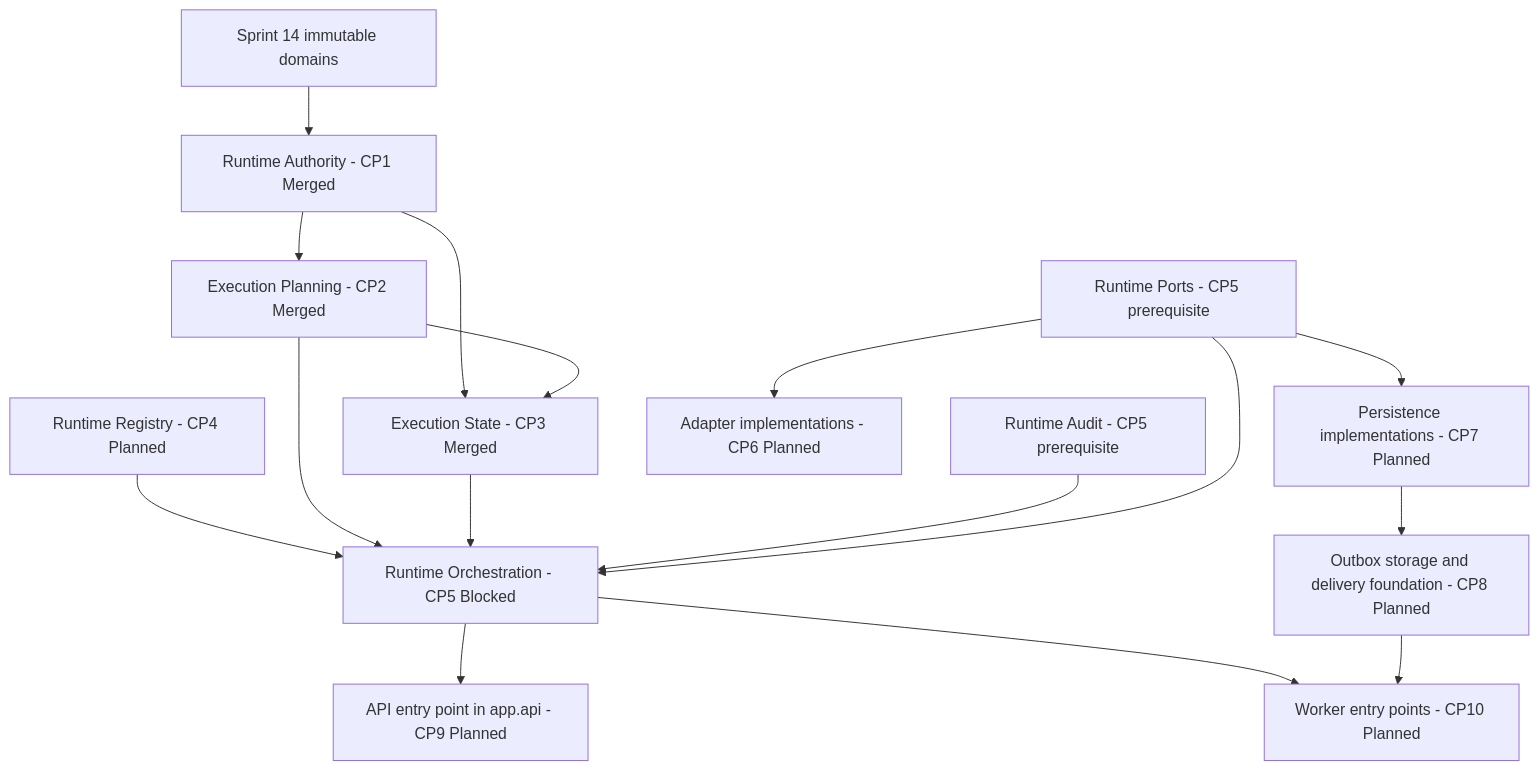
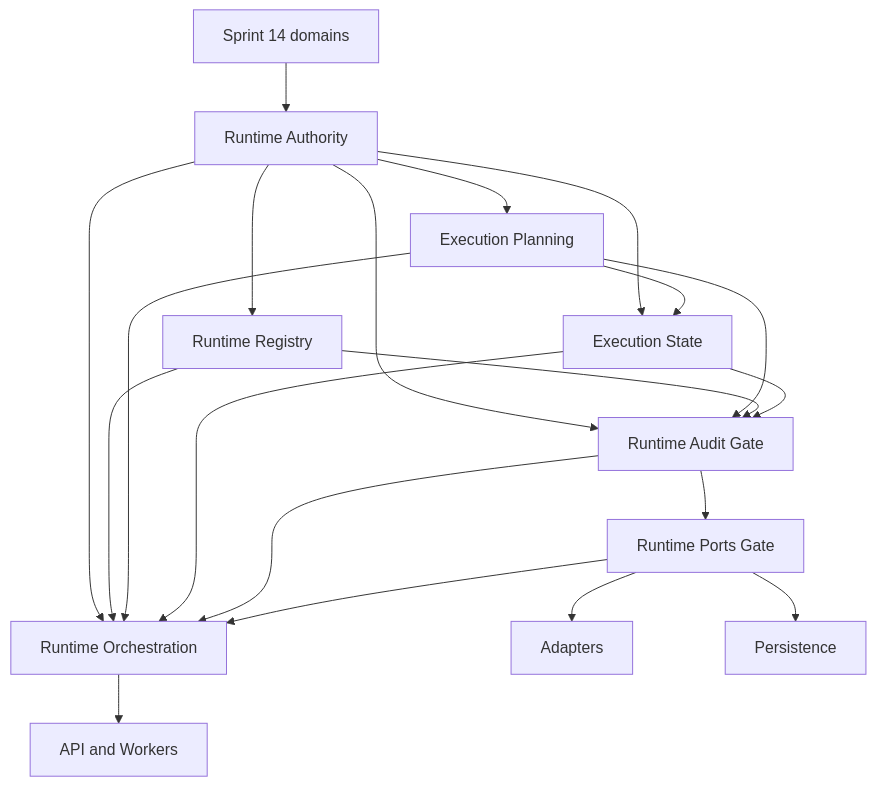
The diagram in policyos-app/docs/01_ARCHITECTURE/RUNTIME-ROADMAP.md (jh0830kim-tech/policyOS), drawn with Mermaid before and after one commit. The commit also changed other lines of this file and 3 other files, not shown here.

Commit message:
docs(runtime): define CP5 prerequisite governance gates

````diff
--- a/policyos-app/docs/01_ARCHITECTURE/RUNTIME-ROADMAP.md
+++ b/policyos-app/docs/01_ARCHITECTURE/RUNTIME-ROADMAP.md
@@ -56,21 +58,25 @@
 ```mermaid
 flowchart TD
-    S14[Sprint 14 immutable domains] --> AUTH[Runtime Authority - CP1 Merged]
-    AUTH --> PLAN[Execution Planning - CP2 Merged]
-    AUTH --> STATE[Execution State - CP3 Merged]
+    S14[Sprint 14 domains] --> AUTH[Runtime Authority]
+    AUTH --> PLAN[Execution Planning]
+    AUTH --> REG[Runtime Registry]
+    AUTH --> STATE[Execution State]
     PLAN --> STATE
 
-    REG[Runtime Registry - CP4 Planned] --> ORCH[Runtime Orchestration - CP5 Blocked]
+    AUTH --> AUDIT[Runtime Audit Gate]
+    PLAN --> AUDIT
+    REG --> AUDIT
+    STATE --> AUDIT
+    AUDIT --> PORTS[Runtime Ports Gate]
+
+    AUTH --> ORCH[Runtime Orchestration]
+    REG --> ORCH
     PLAN --> ORCH
     STATE --> ORCH
-    AUDIT[Runtime Audit - CP5 prerequisite] --> ORCH
-    PORTS[Runtime Ports - CP5 prerequisite] --> ORCH
+    AUDIT --> ORCH
+    PORTS --> ORCH
 
-    PORTS --> ADAPTERS[Adapter implementations - CP6 Planned]
-    PORTS --> PERSIST[Persistence implementations - CP7 Planned]
-    PERSIST --> OUTBOX[Outbox storage and delivery foundation - CP8 Planned]
-
-    ORCH --> API[API entry point in app.api - CP9 Planned]
-    ORCH --> WORKERS[Worker entry points - CP10 Planned]
-    OUTBOX --> WORKERS
+    PORTS --> ADAPTERS[Adapters]
+    PORTS --> PERSIST[Persistence]
+    ORCH --> ENTRY[API and Workers]
 ```
````
